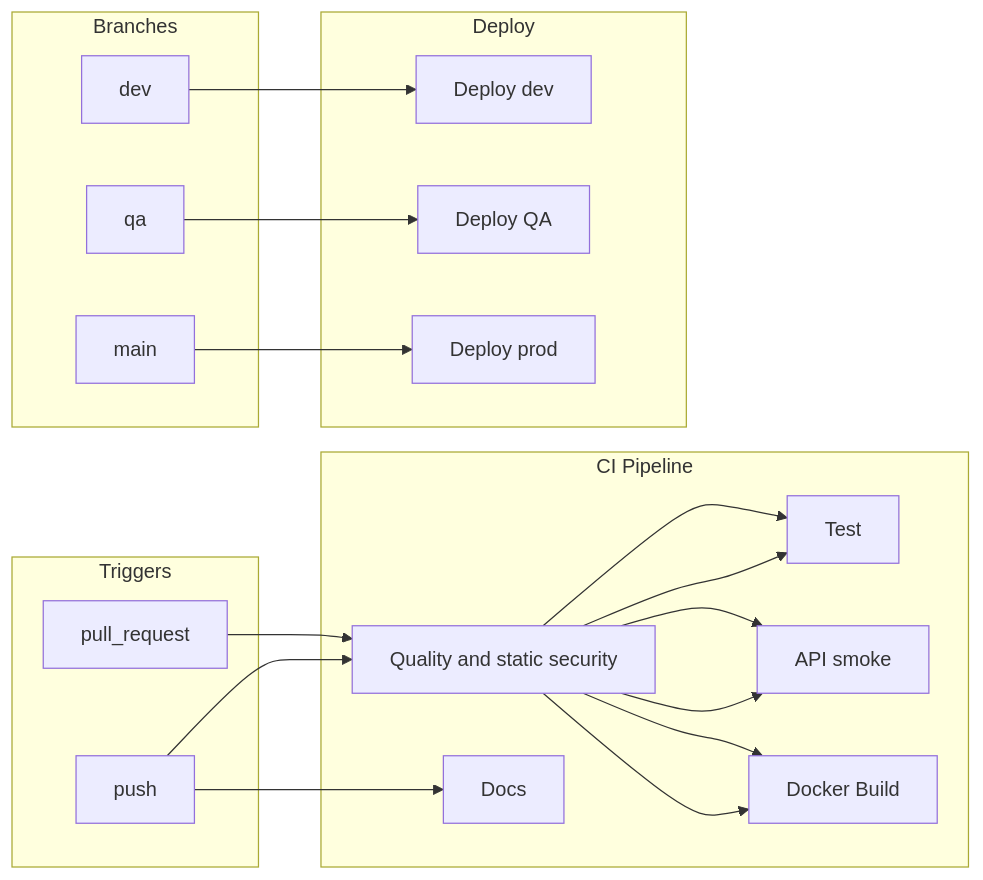
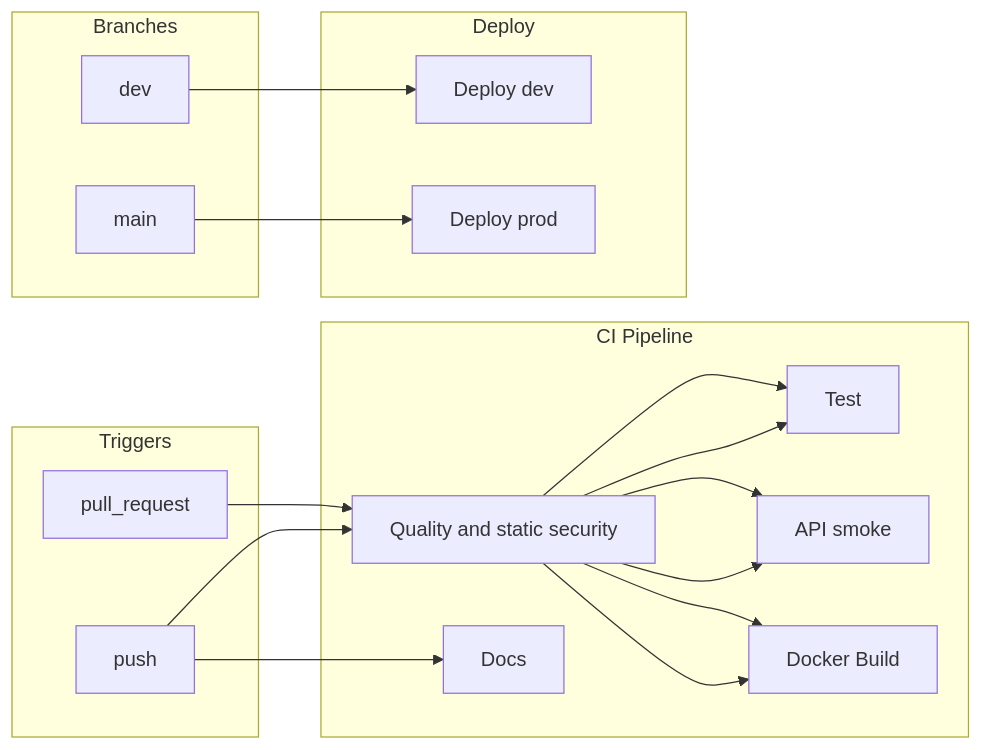
One commit to nikunjmavani/core-be changed the first of 7 diagrams in docs/deployment/ci-cd/cicd-and-deployment.md. Above: the diagram before and after it, drawn with Mermaid. The commit also changed other lines of this file and 145 other files, not shown here.

````diff
--- a/docs/deployment/ci-cd/cicd-and-deployment.md
+++ b/docs/deployment/ci-cd/cicd-and-deployment.md
@@ -11,40 +11,37 @@
 ```mermaid
 flowchart LR
   subgraph triggers [Triggers]
     PR[pull_request]
     Push[push]
   end
 
   subgraph branches [Branches]
     main[main]
     dev[dev]
-    qa[qa]
   end
 
   subgraph ci [CI Pipeline]
     Quality[Quality and static security]
     Test[Test]
     ApiSmoke[API smoke]
     Docker[Docker Build]
     Docs[Docs]
   end
 
   subgraph deploy [Deploy]
     DevDeploy[Deploy dev]
-    QaDeploy[Deploy QA]
     ProdDeploy[Deploy prod]
   end
 
   PR --> Quality
   Quality --> Test
   Quality --> ApiSmoke
   Quality --> Docker
   Push --> Quality
   Quality --> Test
   Quality --> ApiSmoke
   Quality --> Docker
   Push --> Docs
   dev --> DevDeploy
-  qa --> QaDeploy
   main --> ProdDeploy
 ```
````
